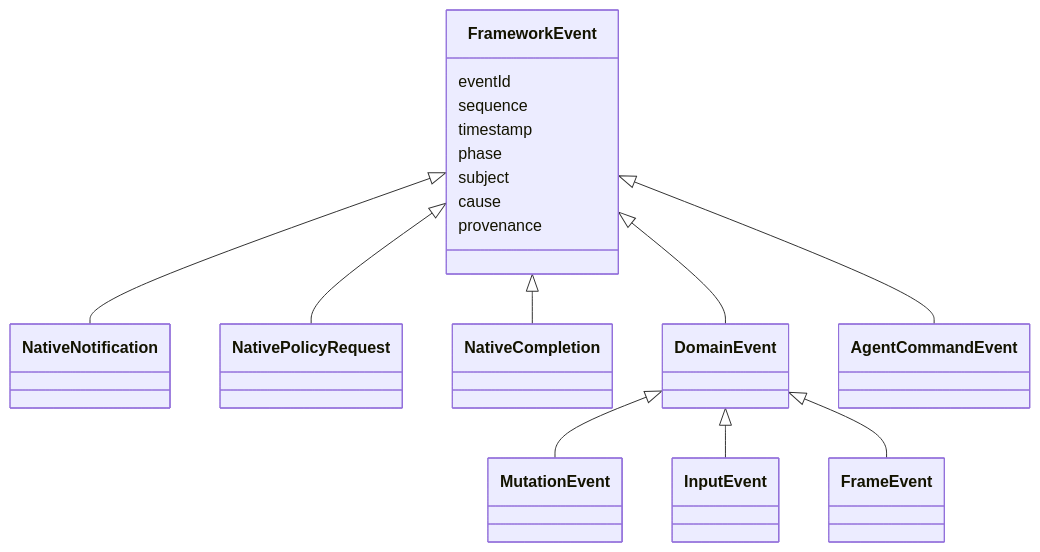
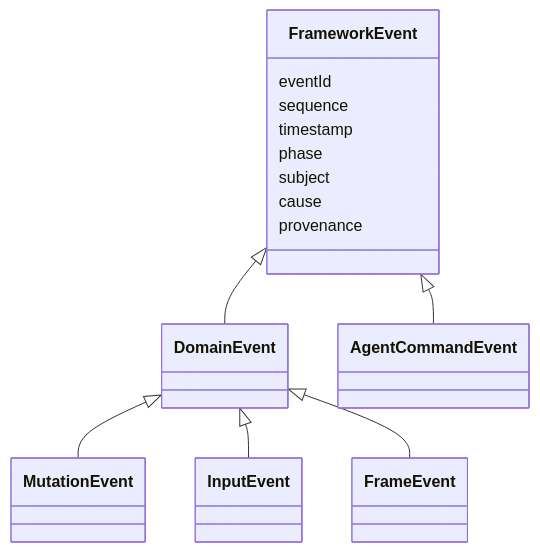
The seventh of 20 diagrams in docs/LAYER-2-CLOS-DESIGN.md (SeungheonOh/ataxia), drawn with Mermaid before and after one commit. The commit also changed other lines of this file, not shown here.

Commit message:
docs: replace native event router with protocol sinks

````diff
--- a/docs/LAYER-2-CLOS-DESIGN.md
+++ b/docs/LAYER-2-CLOS-DESIGN.md
@@ -520,30 +520,24 @@
 ```mermaid
 classDiagram
     class FrameworkEvent {
         eventId
         sequence
         timestamp
         phase
         subject
         cause
         provenance
     }
 
-    class NativeNotification
-    class NativePolicyRequest
-    class NativeCompletion
     class DomainEvent
     class MutationEvent
     class InputEvent
     class FrameEvent
     class AgentCommandEvent
 
-    FrameworkEvent <|-- NativeNotification
-    FrameworkEvent <|-- NativePolicyRequest
-    FrameworkEvent <|-- NativeCompletion
     FrameworkEvent <|-- DomainEvent
     DomainEvent <|-- MutationEvent
     DomainEvent <|-- InputEvent
     DomainEvent <|-- FrameEvent
     FrameworkEvent <|-- AgentCommandEvent
 ```
````
